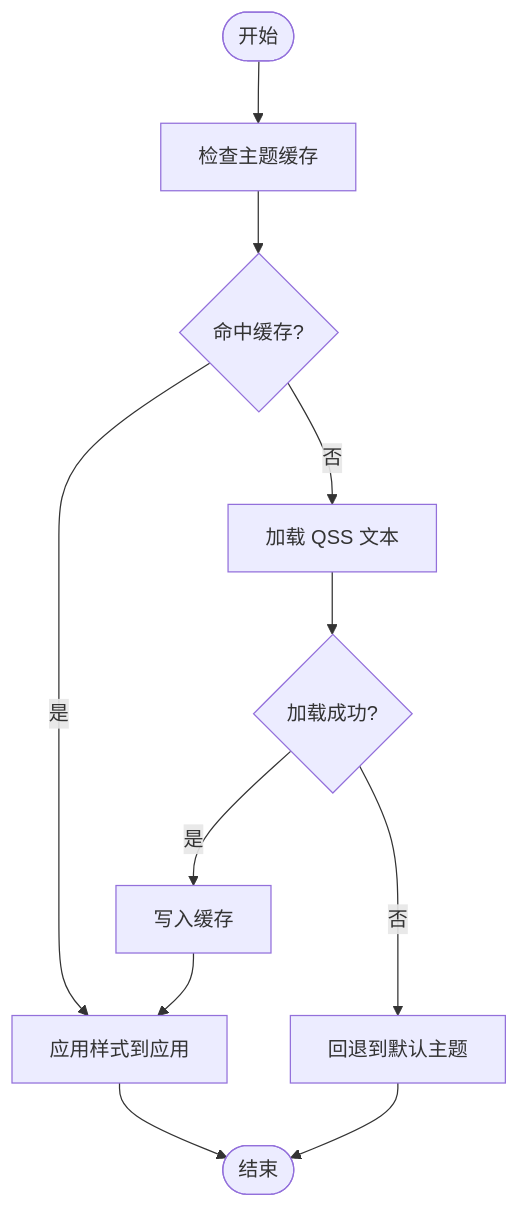
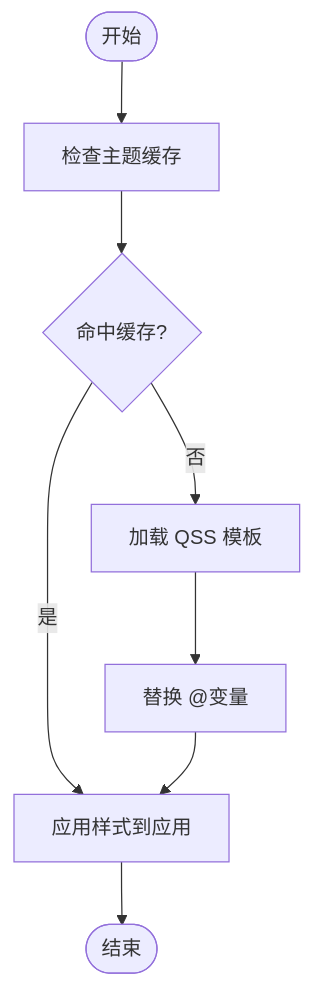
The fourth of 6 diagrams in .qoder/repowiki/zh/content/样式系统/主题管理系统.md (jakecai1225-design/OpenBus), drawn with Mermaid before and after one commit. The commit also changed other lines of this file and 40 other files, not shown here.

````diff
--- a/.qoder/repowiki/zh/content/样式系统/主题管理系统.md
+++ b/.qoder/repowiki/zh/content/样式系统/主题管理系统.md
@@ -176,13 +218,10 @@
 ```mermaid
 flowchart TD
 Start(["开始"]) --> CheckCache["检查主题缓存"]
 CheckCache --> CacheHit{"命中缓存?"}
 CacheHit --> |是| Apply["应用样式到应用"]
-CacheHit --> |否| LoadQss["加载 QSS 文本"]
-LoadQss --> LoadOk{"加载成功?"}
-LoadOk --> |否| Fallback["回退到默认主题"]
-LoadOk --> |是| Cache["写入缓存"]
-Cache --> Apply
+CacheHit --> |否| LoadTemplate["加载 QSS 模板"]
+LoadTemplate --> ReplaceVars["替换 @变量"]
+ReplaceVars --> Apply
 Apply --> End(["结束"])
-Fallback --> End
 ```
````
